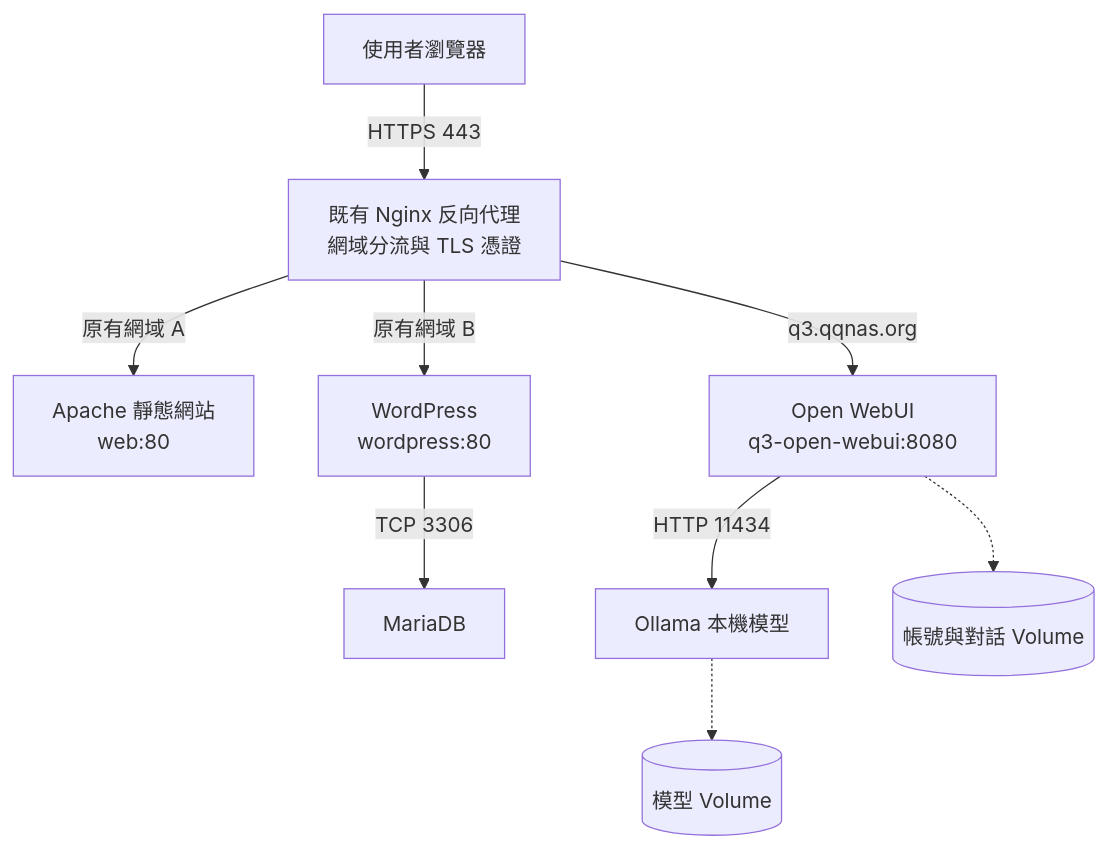
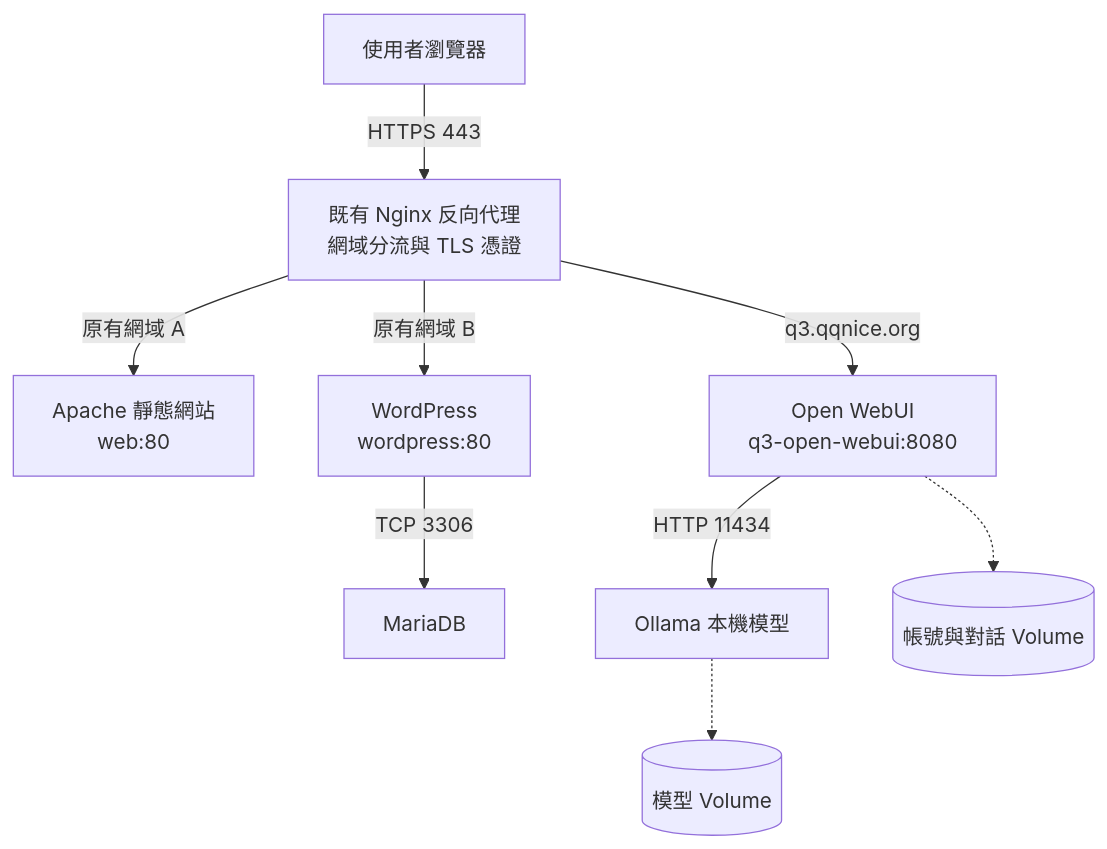
Before and after one commit to qqnice/q3-codex-deploy: the first of 2 diagrams in DEPLOYMENT_REFERENCE.md, drawn with Mermaid. The commit also changed other lines of this file and 10 other files, not shown here.

Commit message:
Correct deployment domain to q3.qqnice.org throughout the kit

````diff
--- a/DEPLOYMENT_REFERENCE.md
+++ b/DEPLOYMENT_REFERENCE.md
@@ -63,11 +63,11 @@
 ```mermaid
 flowchart TB
     U["使用者瀏覽器"] -->|"HTTPS 443"| P["既有 Nginx 反向代理<br/>網域分流與 TLS 憑證"]
     P -->|"原有網域 A"| A["Apache 靜態網站<br/>web:80"]
     P -->|"原有網域 B"| W["WordPress<br/>wordpress:80"]
-    P -->|"q3.qqnas.org"| UI["Open WebUI<br/>q3-open-webui:8080"]
+    P -->|"q3.qqnice.org"| UI["Open WebUI<br/>q3-open-webui:8080"]
     W -->|"TCP 3306"| DB["MariaDB"]
     UI -->|"HTTP 11434"| O["Ollama 本機模型"]
     UI -.-> D1[("帳號與對話 Volume")]
     O -.-> D2[("模型 Volume")]
 ```
````
